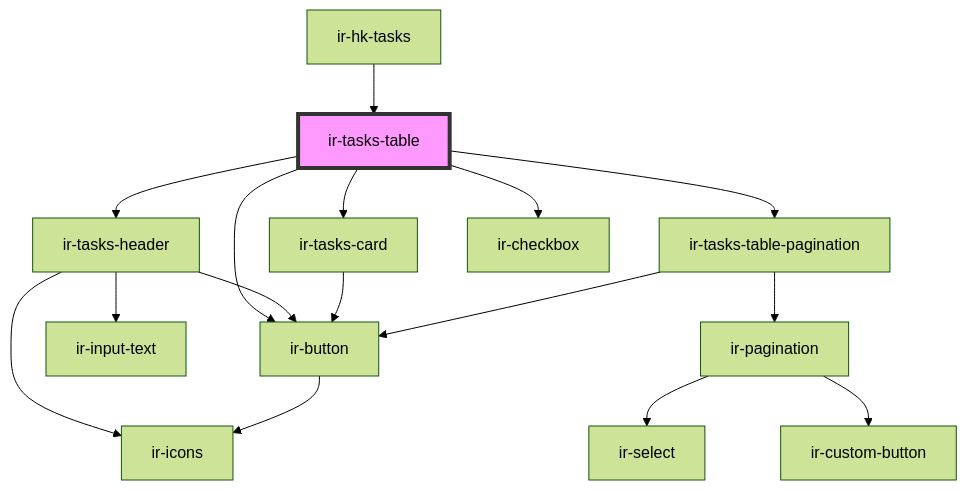
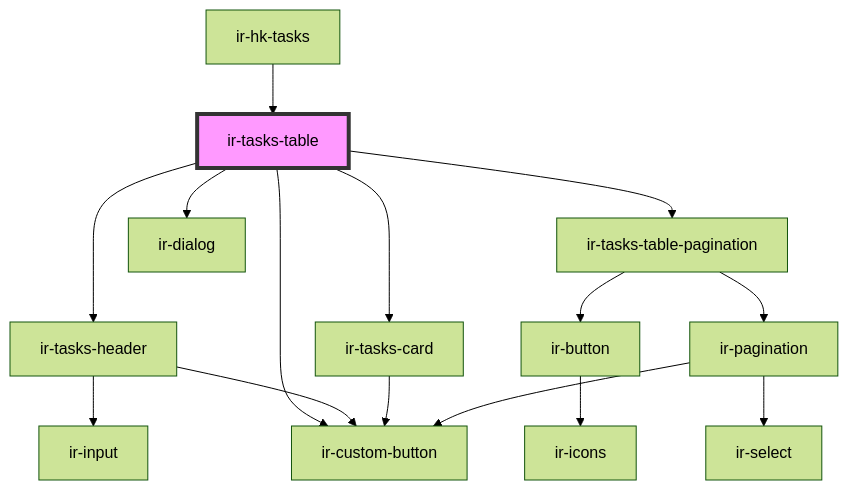
Before and after one commit to RonyRizk/ir-webcmp: the diagram in src/components/ir-housekeeping/ir-hk-tasks/ir-tasks-table/readme.md, drawn with Mermaid (forest theme). The commit also changed other lines of this file and 88 other files, not shown here.

````diff
--- a/src/components/ir-housekeeping/ir-hk-tasks/ir-tasks-table/readme.md
+++ b/src/components/ir-housekeeping/ir-hk-tasks/ir-tasks-table/readme.md
@@ -40,19 +41,18 @@
 ```mermaid
 graph TD;
   ir-tasks-table --> ir-tasks-header
   ir-tasks-table --> ir-tasks-card
   ir-tasks-table --> ir-tasks-table-pagination
-  ir-tasks-table --> ir-checkbox
-  ir-tasks-table --> ir-button
-  ir-tasks-header --> ir-input-text
-  ir-tasks-header --> ir-icons
-  ir-tasks-header --> ir-button
-  ir-button --> ir-icons
-  ir-tasks-card --> ir-button
+  ir-tasks-table --> ir-custom-button
+  ir-tasks-table --> ir-dialog
+  ir-tasks-header --> ir-input
+  ir-tasks-header --> ir-custom-button
+  ir-tasks-card --> ir-custom-button
   ir-tasks-table-pagination --> ir-button
   ir-tasks-table-pagination --> ir-pagination
+  ir-button --> ir-icons
   ir-pagination --> ir-select
   ir-pagination --> ir-custom-button
   ir-hk-tasks --> ir-tasks-table
   style ir-tasks-table fill:#f9f,stroke:#333,stroke-width:4px
 ```
````
